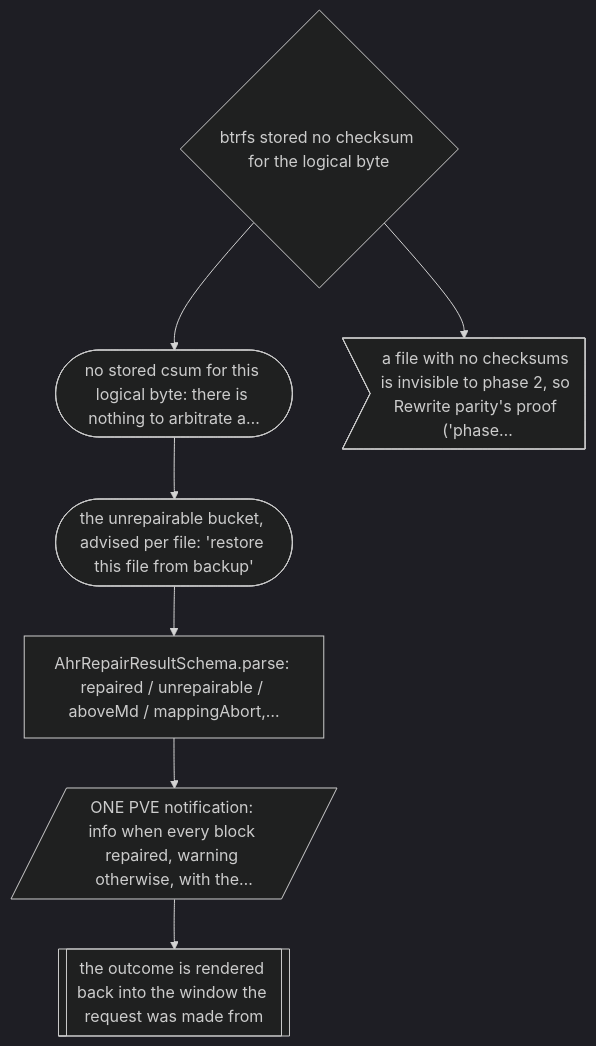
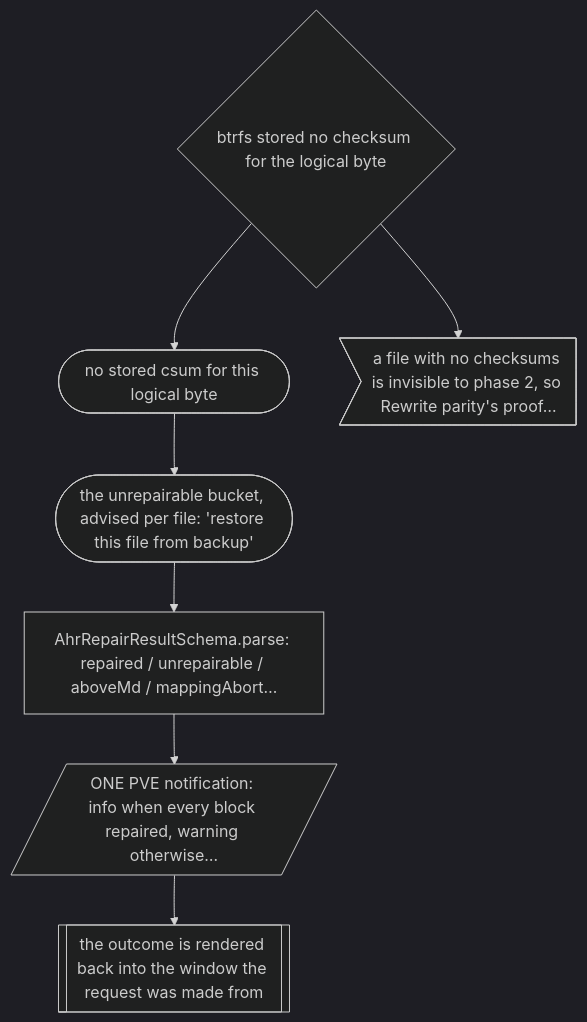
The seventh of 24 diagrams in docs/AHR-SELF-HEAL-DECISION-TREE.md (devn-ch/anas), drawn with Mermaid (dark theme) before and after one commit. The commit also changed other lines of this file and 22 other files, not shown here.

````diff
--- a/docs/AHR-SELF-HEAL-DECISION-TREE.md
+++ b/docs/AHR-SELF-HEAL-DECISION-TREE.md
@@ -768,16 +823,16 @@
 ```mermaid
 flowchart TD
   X7{"btrfs stored no checksum for the logical byte"}
-  E04a(["no stored csum for this logical byte: there is nothing to arbitrate a…"])
-  X7r>"a file with no checksums is invisible to phase 2, so Rewrite parity's proof ('phase…"]
+  E04a(["no stored csum for this logical byte"])
+  X7r>"a file with no checksums is invisible to phase 2, so Rewrite parity's proof…"]
   J40(["the unrepairable bucket, advised per file: 'restore this file from backup'"])
-  J50["AhrRepairResultSchema.parse: repaired / unrepairable / aboveMd / mappingAbort,…"]
-  J51[/"ONE PVE notification: info when every block repaired, warning otherwise, with the…"/]
+  J50["AhrRepairResultSchema.parse: repaired / unrepairable / aboveMd / mappingAbort…"]
+  J51[/"ONE PVE notification: info when every block repaired, warning otherwise…"/]
   J52[["the outcome is rendered back into the window the request was made from"]]
   X7 --> E04a
   X7 --> X7r
   E04a --> J40
   J40 --> J50
   J50 --> J51
   J51 --> J52
 ```
````
